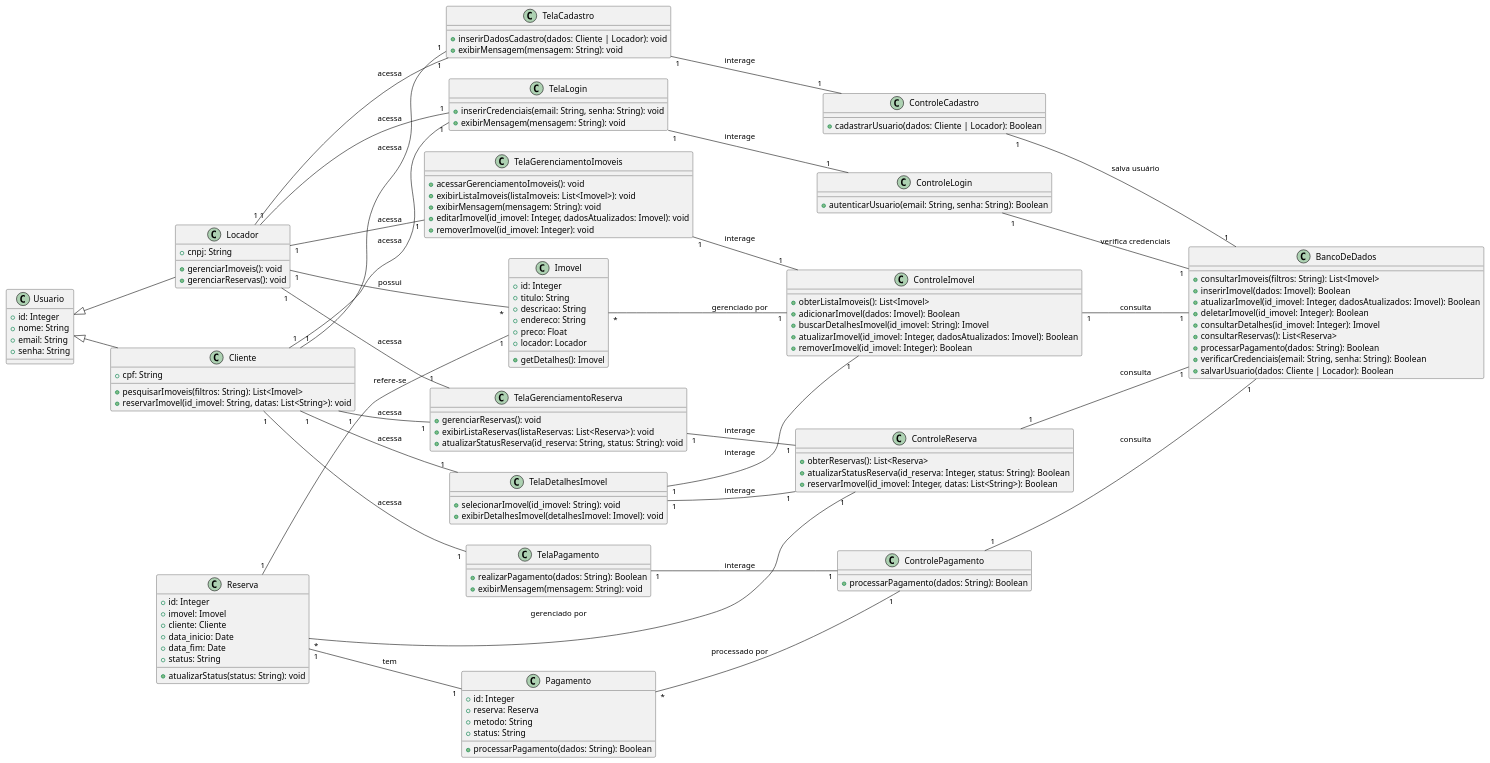
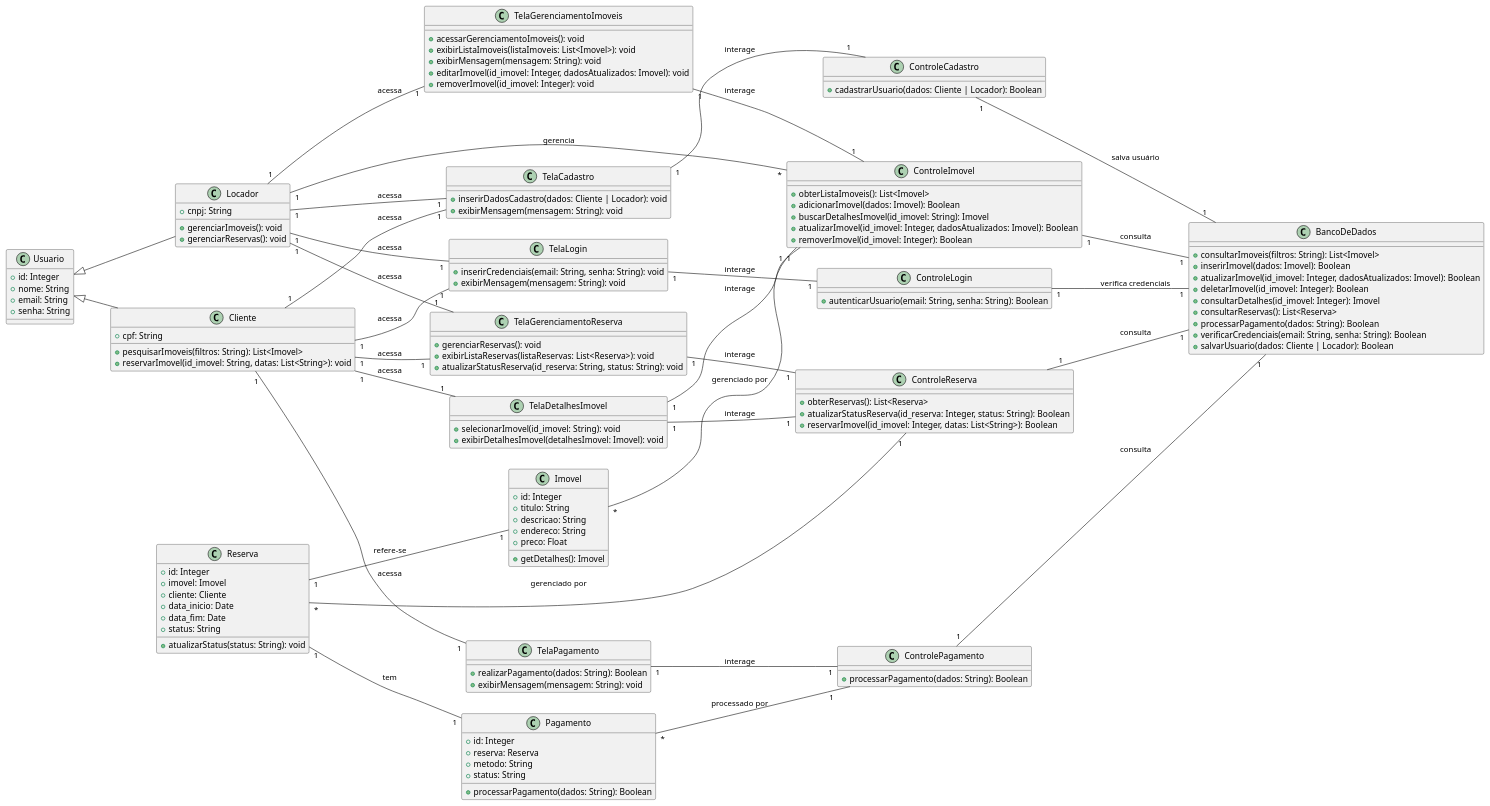
The diagram in PROJETO APS/classes.iuml (clarameira/SistemaImoveis), drawn with PlantUML before and after one commit.

Commit message:
separando responsabilidades

```diff
--- a/PROJETO APS/classes.iuml
+++ b/PROJETO APS/classes.iuml
@@ -1,157 +1,156 @@
 @startuml
 left to right direction
 
 class Usuario {
     +id: Integer
     +nome: String
     +email: String
     +senha: String
 }
 
 class Locador {
     +cnpj: String
     +gerenciarImoveis(): void
     +gerenciarReservas(): void
 }
 
 class Cliente {
     +cpf: String
     +pesquisarImoveis(filtros: String): List<Imovel>
     +reservarImovel(id_imovel: String, datas: List<String>): void
 }
 
 Usuario <|-- Locador
 Usuario <|-- Cliente
 
 class Imovel {
     +id: Integer
     +titulo: String
     +descricao: String
     +endereco: String
     +preco: Float
-    +locador: Locador
     +getDetalhes(): Imovel
 }
 
 class Reserva {
     +id: Integer
     +imovel: Imovel
     +cliente: Cliente
     +data_inicio: Date
     +data_fim: Date
     +status: String
     +atualizarStatus(status: String): void
 }
 
 class Pagamento {
     +id: Integer
     +reserva: Reserva
     +metodo: String
     +status: String
     +processarPagamento(dados: String): Boolean
 }
 
 class ControleImovel {
     +obterListaImoveis(): List<Imovel>
     +adicionarImovel(dados: Imovel): Boolean
     +buscarDetalhesImovel(id_imovel: String): Imovel
     +atualizarImovel(id_imovel: Integer, dadosAtualizados: Imovel): Boolean
     +removerImovel(id_imovel: Integer): Boolean
 }
 
 class ControleReserva {
     +obterReservas(): List<Reserva>
     +atualizarStatusReserva(id_reserva: Integer, status: String): Boolean
     +reservarImovel(id_imovel: Integer, datas: List<String>): Boolean
 }
 
 class ControlePagamento {
     +processarPagamento(dados: String): Boolean
 }
 
 class ControleLogin {
     +autenticarUsuario(email: String, senha: String): Boolean
 }
 
 class ControleCadastro {
     +cadastrarUsuario(dados: Cliente | Locador): Boolean
 }
 
 class BancoDeDados {
     +consultarImoveis(filtros: String): List<Imovel>
     +inserirImovel(dados: Imovel): Boolean
     +atualizarImovel(id_imovel: Integer, dadosAtualizados: Imovel): Boolean
     +deletarImovel(id_imovel: Integer): Boolean
     +consultarDetalhes(id_imovel: Integer): Imovel
     +consultarReservas(): List<Reserva>
     +processarPagamento(dados: String): Boolean
     +verificarCredenciais(email: String, senha: String): Boolean
     +salvarUsuario(dados: Cliente | Locador): Boolean
 }
 
 class TelaGerenciamentoImoveis {
     +acessarGerenciamentoImoveis(): void
     +exibirListaImoveis(listaImoveis: List<Imovel>): void
     +exibirMensagem(mensagem: String): void
     +editarImovel(id_imovel: Integer, dadosAtualizados: Imovel): void
     +removerImovel(id_imovel: Integer): void
 }
 
 class TelaGerenciamentoReserva {
     +gerenciarReservas(): void
     +exibirListaReservas(listaReservas: List<Reserva>): void
     +atualizarStatusReserva(id_reserva: String, status: String): void
 }
 
 class TelaDetalhesImovel {
     +selecionarImovel(id_imovel: String): void
     +exibirDetalhesImovel(detalhesImovel: Imovel): void
 }
 
 class TelaLogin {
     +inserirCredenciais(email: String, senha: String): void
     +exibirMensagem(mensagem: String): void
 }
 
 class TelaCadastro {
     +inserirDadosCadastro(dados: Cliente | Locador): void
     +exibirMensagem(mensagem: String): void
 }
 
 class TelaPagamento {
     +realizarPagamento(dados: String): Boolean
     +exibirMensagem(mensagem: String): void
 }
 
-Locador "1" -- "*" Imovel: possui
+Locador "1" -- "*" ControleImovel: gerencia
 Reserva "1" -- "1" Imovel: refere-se
 Reserva "1" -- "1" Pagamento: tem
 Imovel "*" -- "1" ControleImovel: gerenciado por
 Reserva "*" -- "1" ControleReserva: gerenciado por
 Pagamento "*" -- "1" ControlePagamento: processado por
 ControleImovel "1" -- "1" BancoDeDados: consulta
 ControleReserva "1" -- "1" BancoDeDados: consulta
 ControlePagamento "1" -- "1" BancoDeDados: consulta
 ControleLogin "1" -- "1" BancoDeDados: verifica credenciais
 ControleCadastro "1" -- "1" BancoDeDados: salva usuário
 
 TelaGerenciamentoImoveis "1" -- "1" ControleImovel: interage
 TelaGerenciamentoReserva "1" -- "1" ControleReserva: interage
 TelaDetalhesImovel "1" -- "1" ControleImovel: interage
 TelaDetalhesImovel "1" -- "1" ControleReserva: interage
 TelaLogin "1" -- "1" ControleLogin: interage
 TelaCadastro "1" -- "1" ControleCadastro: interage
 TelaPagamento "1" -- "1" ControlePagamento: interage
 
 Cliente "1" -- "1" TelaDetalhesImovel: acessa
 Cliente "1" -- "1" TelaGerenciamentoReserva: acessa
 Cliente "1" -- "1" TelaPagamento: acessa
 Cliente "1" -- "1" TelaLogin: acessa
 Cliente "1" -- "1" TelaCadastro: acessa
 
 Locador "1" -- "1" TelaGerenciamentoImoveis: acessa
 Locador "1" -- "1" TelaGerenciamentoReserva: acessa
 Locador "1" -- "1" TelaLogin: acessa
 Locador "1" -- "1" TelaCadastro: acessa
 
 @enduml
```
